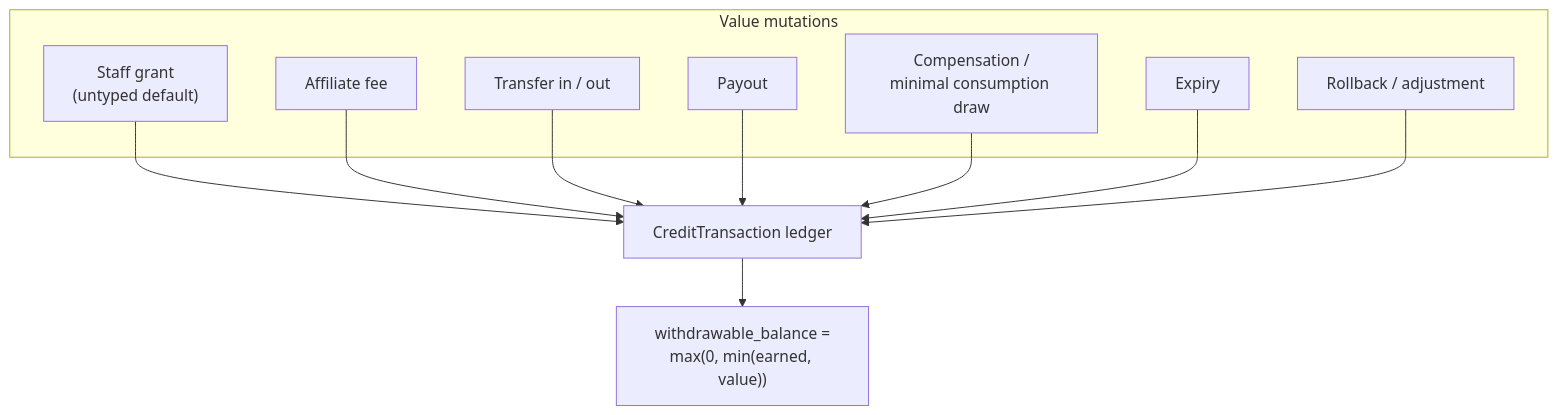
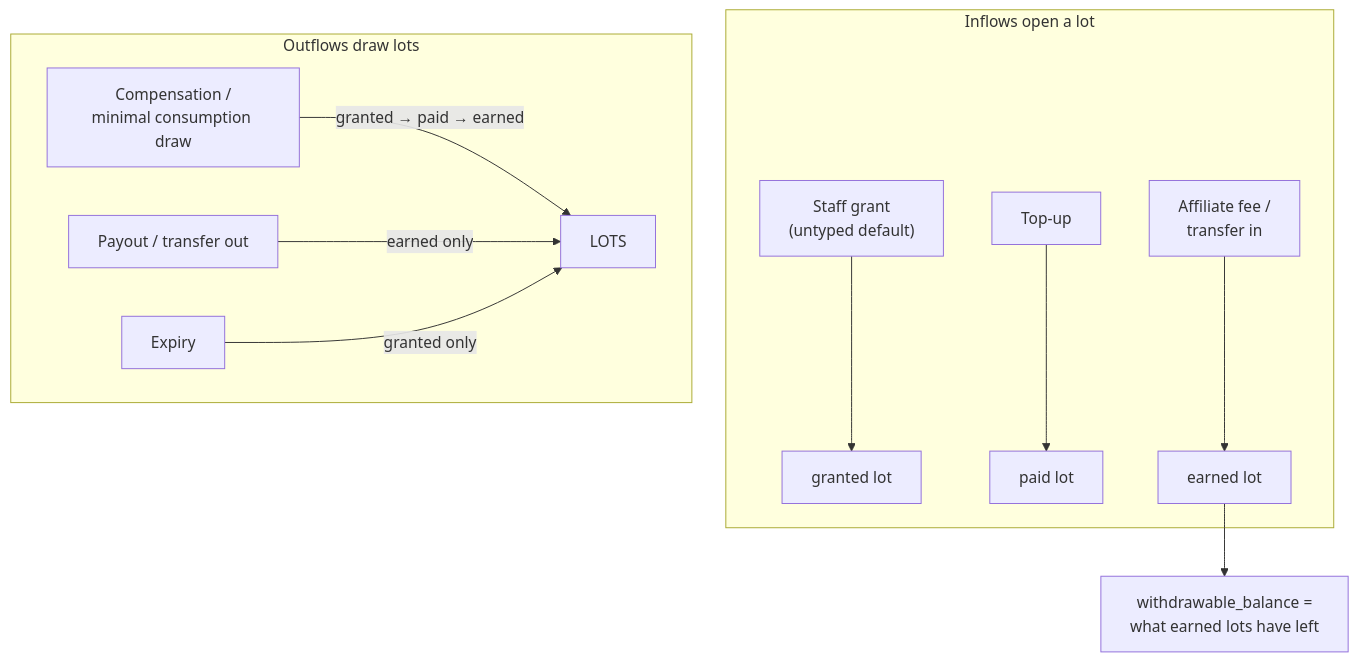
The fourth of 4 diagrams in docs/developer-guide/affiliate-program.md (waldur/waldur-docs), drawn with Mermaid before and after one commit. The commit also changed other lines of this file and 53 other files, not shown here.

````diff
--- a/docs/developer-guide/affiliate-program.md
+++ b/docs/developer-guide/affiliate-program.md
@@ -174,22 +192,16 @@
 ```mermaid
 flowchart TB
-    subgraph Sources["Value mutations"]
-        SG["Staff grant<br/>(untyped default)"]
-        AFFEE["Affiliate fee"]
-        TR["Transfer in / out"]
-        PO["Payout"]
-        DRAW["Compensation /<br/>minimal consumption draw"]
-        EXP["Expiry"]
-        RB["Rollback / adjustment"]
+    subgraph Inflows["Inflows open a lot"]
+        SG["Staff grant<br/>(untyped default)"] --> GRANT["granted lot"]
+        TOP["Top-up"] --> PAID["paid lot"]
+        AFFEE["Affiliate fee /<br/>transfer in"] --> EARN["earned lot"]
     end
 
-    SG --> LED["CreditTransaction ledger"]
-    AFFEE --> LED
-    TR --> LED
-    PO --> LED
-    DRAW --> LED
-    EXP --> LED
-    RB --> LED
+    subgraph Outflows["Outflows draw lots"]
+        DRAW["Compensation /<br/>minimal consumption draw"] -->|granted → paid → earned| LOTS
+        PO["Payout / transfer out"] -->|earned only| LOTS
+        EXP["Expiry"] -->|granted only| LOTS
+    end
 
-    LED --> WB["withdrawable_balance =<br/>max(0, min(earned, value))"]
+    EARN --> WB["withdrawable_balance =<br/>what earned lots have left"]
 ```
````
